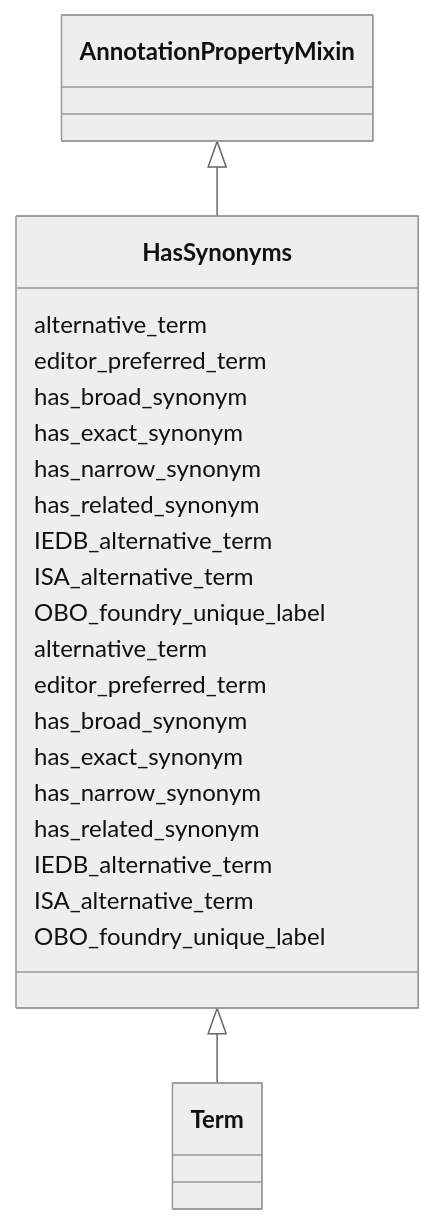
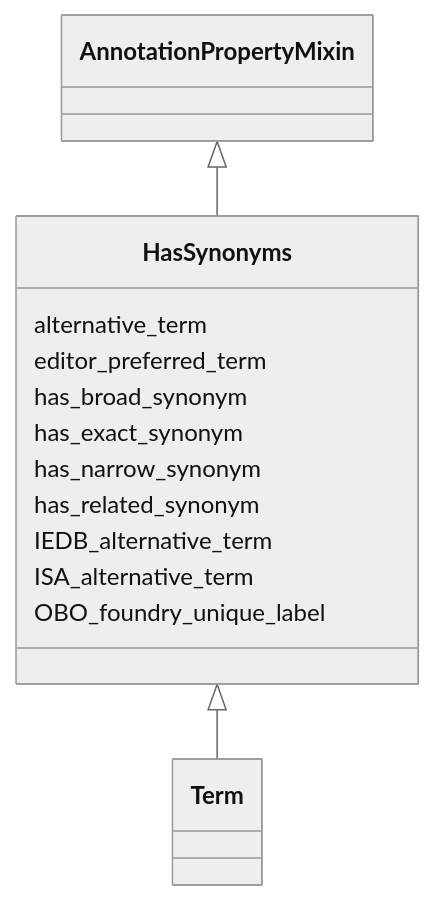
Before and after one commit to INCATools/ontology-access-kit: the diagram in ontology-metadata/HasSynonyms.md, drawn with Mermaid (neutral theme). The commit also changed other lines of this file and 1783 other files, not shown here.

````diff
--- a/ontology-metadata/HasSynonyms.md
+++ b/ontology-metadata/HasSynonyms.md
@@ -11,29 +11,29 @@
 ```{mermaid}
  classDiagram
     class HasSynonyms
       AnnotationPropertyMixin <|-- HasSynonyms
       
-      HasSynonyms : alternative_term
-      HasSynonyms : editor_preferred_term
-      HasSynonyms : has_broad_synonym
-      HasSynonyms : has_exact_synonym
-      HasSynonyms : has_narrow_synonym
-      HasSynonyms : has_related_synonym
-      HasSynonyms : IEDB_alternative_term
-      HasSynonyms : ISA_alternative_term
-      HasSynonyms : OBO_foundry_unique_label
-      
 
       HasSynonyms <|-- Term
       
+      
       HasSynonyms : alternative_term
+        
       HasSynonyms : editor_preferred_term
+        
       HasSynonyms : has_broad_synonym
+        
       HasSynonyms : has_exact_synonym
+        
       HasSynonyms : has_narrow_synonym
+        
       HasSynonyms : has_related_synonym
+        
       HasSynonyms : IEDB_alternative_term
+        
       HasSynonyms : ISA_alternative_term
+        
       HasSynonyms : OBO_foundry_unique_label
+        
       
 ```
````
